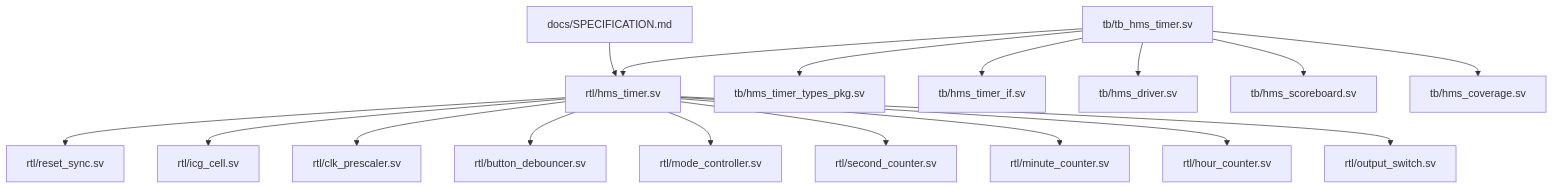
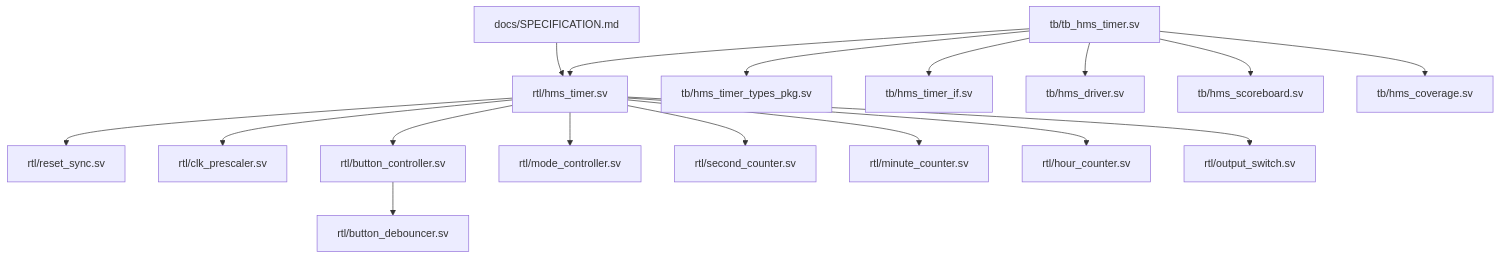
The diagram in repo_map.md (ngobinh1/Digital_Clock), drawn with Mermaid before and after one commit. The commit also changed other lines of this file and 23 other files, not shown here.

Commit message:
refactor(rtl,spec): optimize architecture for FPGA/ASIC, remove clock gating, and update spec docx without versioning

````diff
--- a/repo_map.md
+++ b/repo_map.md
@@ -41,20 +39,20 @@
 ```mermaid
 graph TD
     SPEC["docs/SPECIFICATION.md"] --> TOP["rtl/hms_timer.sv"]
     TOP --> RST["rtl/reset_sync.sv"]
-    TOP --> ICG["rtl/icg_cell.sv"]
     TOP --> PSC["rtl/clk_prescaler.sv"]
-    TOP --> DEB["rtl/button_debouncer.sv"]
+    TOP --> BTN["rtl/button_controller.sv"]
+    BTN --> DEB["rtl/button_debouncer.sv"]
     TOP --> FSM["rtl/mode_controller.sv"]
     TOP --> SEC["rtl/second_counter.sv"]
     TOP --> MIN["rtl/minute_counter.sv"]
     TOP --> HR["rtl/hour_counter.sv"]
     TOP --> MUX["rtl/output_switch.sv"]
 
     TB["tb/tb_hms_timer.sv"] --> PKG["tb/hms_timer_types_pkg.sv"]
     TB --> IF["tb/hms_timer_if.sv"]
     TB --> DRV["tb/hms_driver.sv"]
     TB --> SCB["tb/hms_scoreboard.sv"]
     TB --> COV["tb/hms_coverage.sv"]
     TB --> TOP
 ```
````
